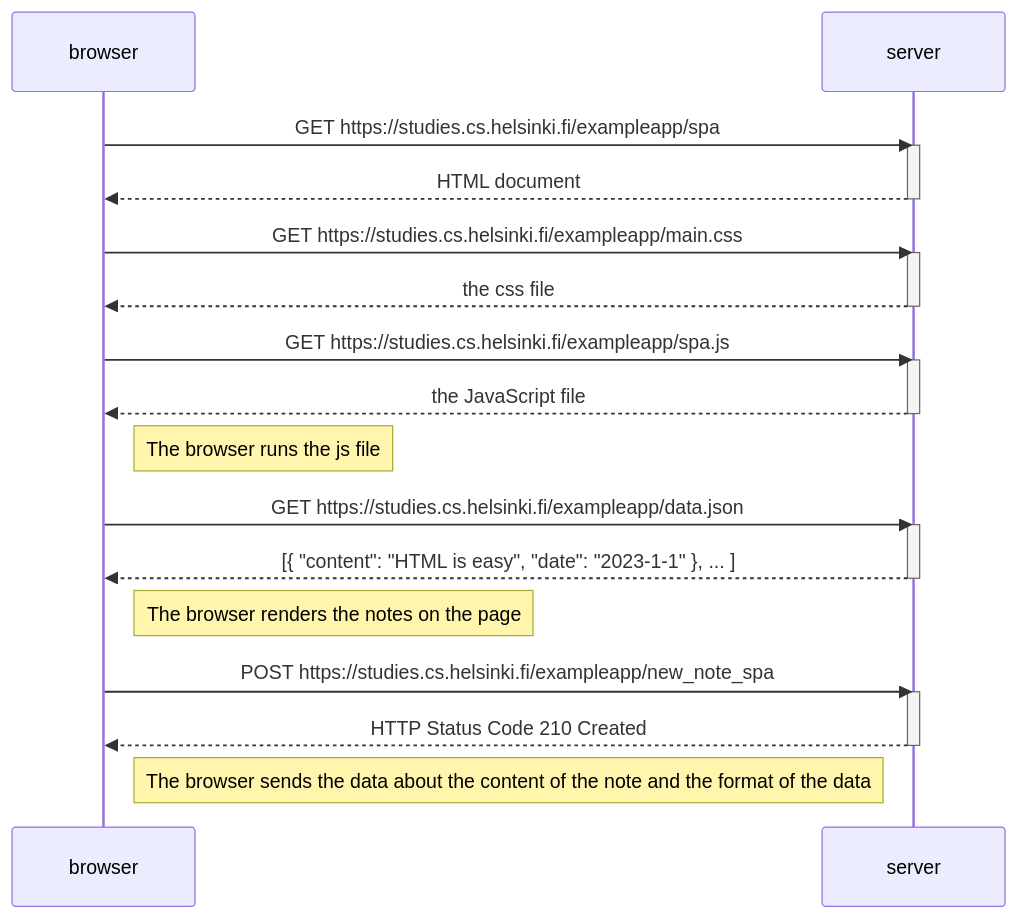
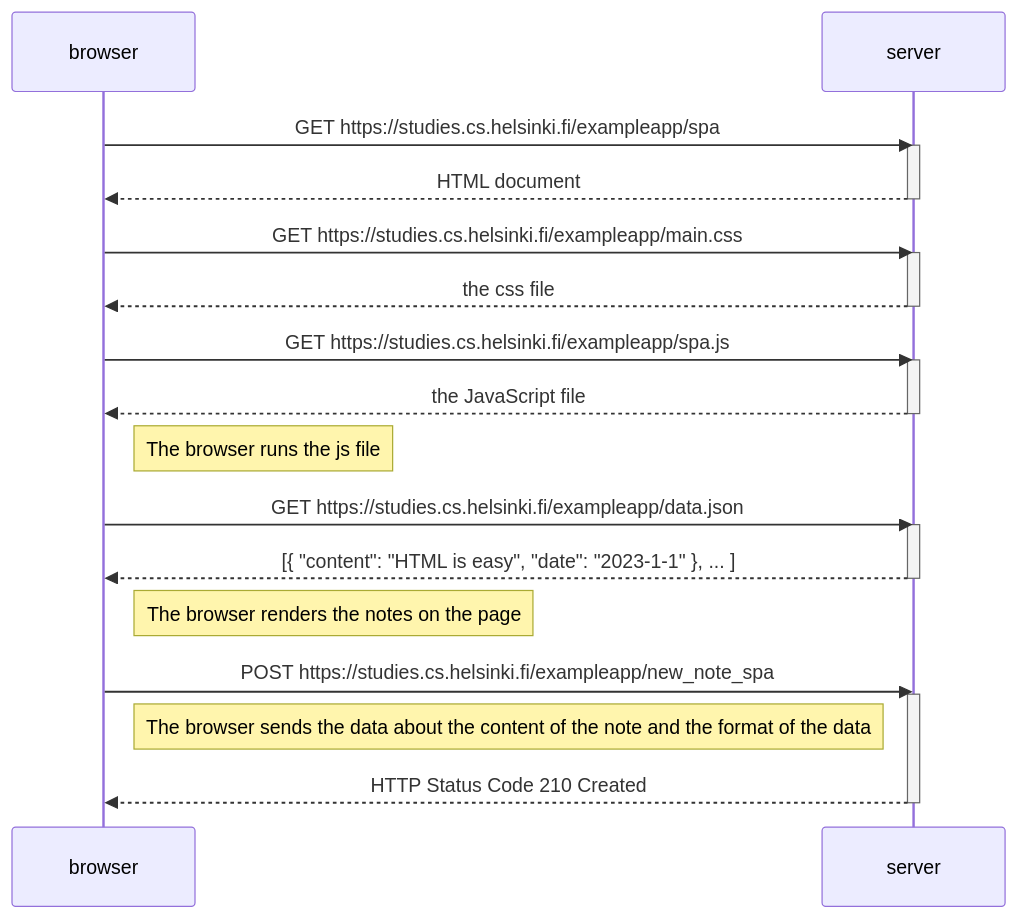
One commit to Gabriel-Labariento/full-stack-open changed the diagram in part0/newNoteSingleAppDiagram.md. Above: the diagram before and after it, drawn with Mermaid.

Commit message:
change new note single app

````diff
--- a/part0/newNoteSingleAppDiagram.md
+++ b/part0/newNoteSingleAppDiagram.md
@@ -1,36 +1,38 @@
 ```mermaid
 sequenceDiagram
     participant browser
     participant server
 
     browser->>server: GET https://studies.cs.helsinki.fi/exampleapp/spa
     activate server
     server-->>browser: HTML document
     deactivate server
 
     browser->>server: GET https://studies.cs.helsinki.fi/exampleapp/main.css
     activate server
     server-->>browser: the css file
     deactivate server
 
     browser->>server: GET https://studies.cs.helsinki.fi/exampleapp/spa.js
     activate server
     server-->>browser: the JavaScript file
     deactivate server
 
     Note right of browser: The browser runs the js file
 
     browser->>server: GET https://studies.cs.helsinki.fi/exampleapp/data.json
     activate server
     server-->>browser: [{ "content": "HTML is easy", "date": "2023-1-1" }, ... ]
     deactivate server
 
     Note right of browser: The browser renders the notes on the page
 
     browser->>server: POST https://studies.cs.helsinki.fi/exampleapp/new_note_spa
     activate server
+    Note right of browser: The browser sends the data about the content of the note and the format of the data
+
     server-->>browser: HTTP Status Code 210 Created
     deactivate server
 
-    Note right of browser: The browser sends the data about the content of the note and the format of the data
+    
 ```
````
